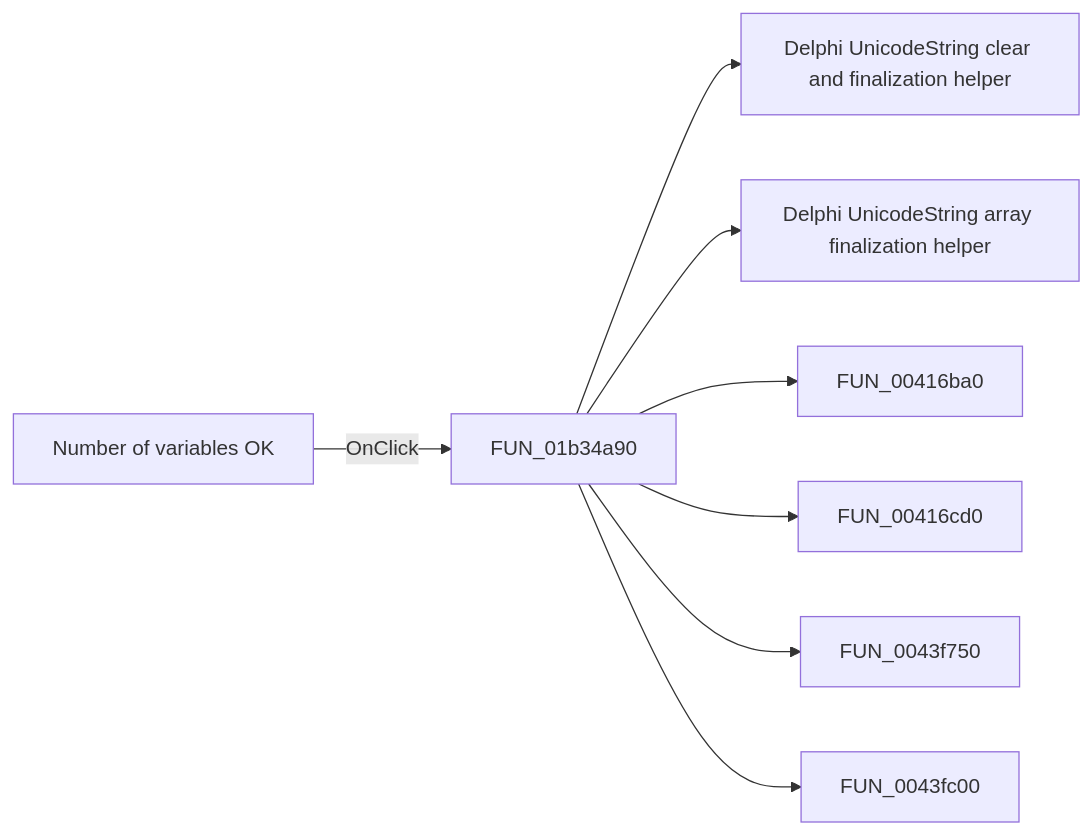
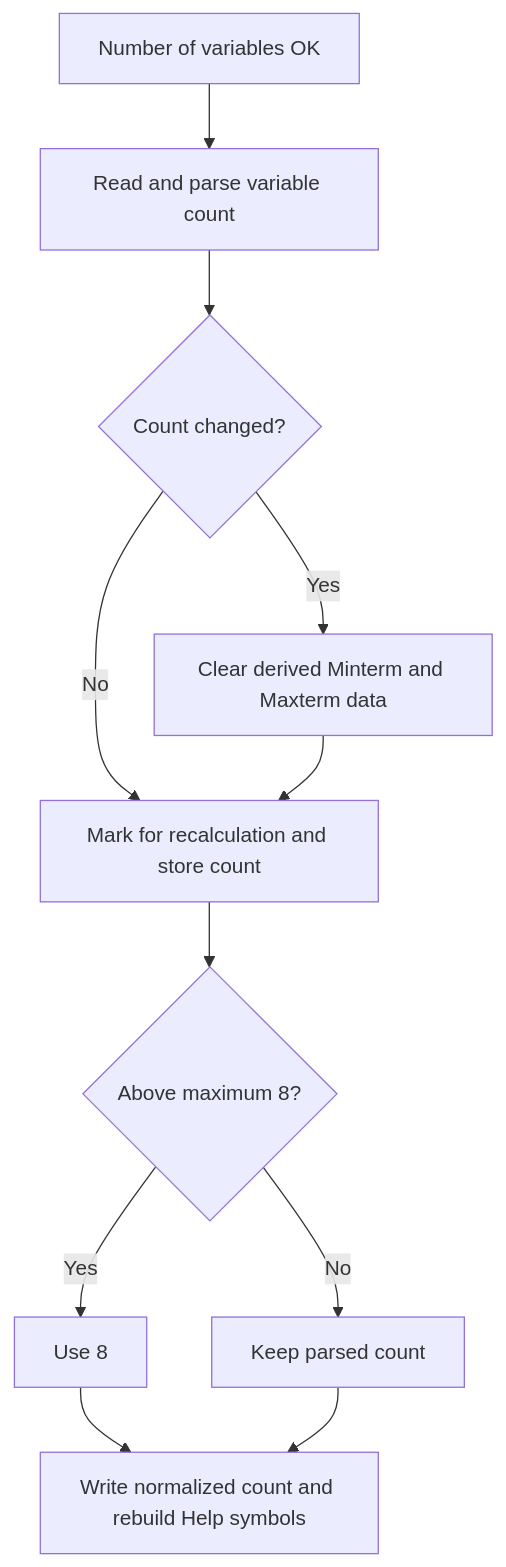
The diagram in docs/ui-controls/introduction-form/number-30f17d2023.md (MovGP0/TIARA), drawn with Mermaid before and after one commit. The commit also changed other lines of this file and 387 other files, not shown here.

````diff
--- a/docs/ui-controls/introduction-form/number-30f17d2023.md
+++ b/docs/ui-controls/introduction-form/number-30f17d2023.md
@@ -27,10 +27,13 @@
 ```mermaid
-flowchart LR
-    control["Number of variables OK"] -->|OnClick| handler["FUN_01b34a90"]
-    handler --> call1["Delphi UnicodeString clear and finalization helper"]
-    handler --> call2["Delphi UnicodeString array finalization helper"]
-    handler --> call3["FUN_00416ba0"]
-    handler --> call4["FUN_00416cd0"]
-    handler --> call5["FUN_0043f750"]
-    handler --> call6["FUN_0043fc00"]
+flowchart TD
+    control["Number of variables OK"] --> parse["Read and parse variable count"]
+    parse --> changed{"Count changed?"}
+    changed -->|Yes| clear["Clear derived Minterm and Maxterm data"]
+    changed -->|No| store["Keep derived data"]
+    clear --> store["Mark for recalculation and store count"]
+    store --> clamp{"Above maximum 8?"}
+    clamp -->|Yes| maximum["Use 8"]
+    clamp -->|No| normalized["Keep parsed count"]
+    maximum --> help["Write normalized count and rebuild Help symbols"]
+    normalized --> help
 ```
````
